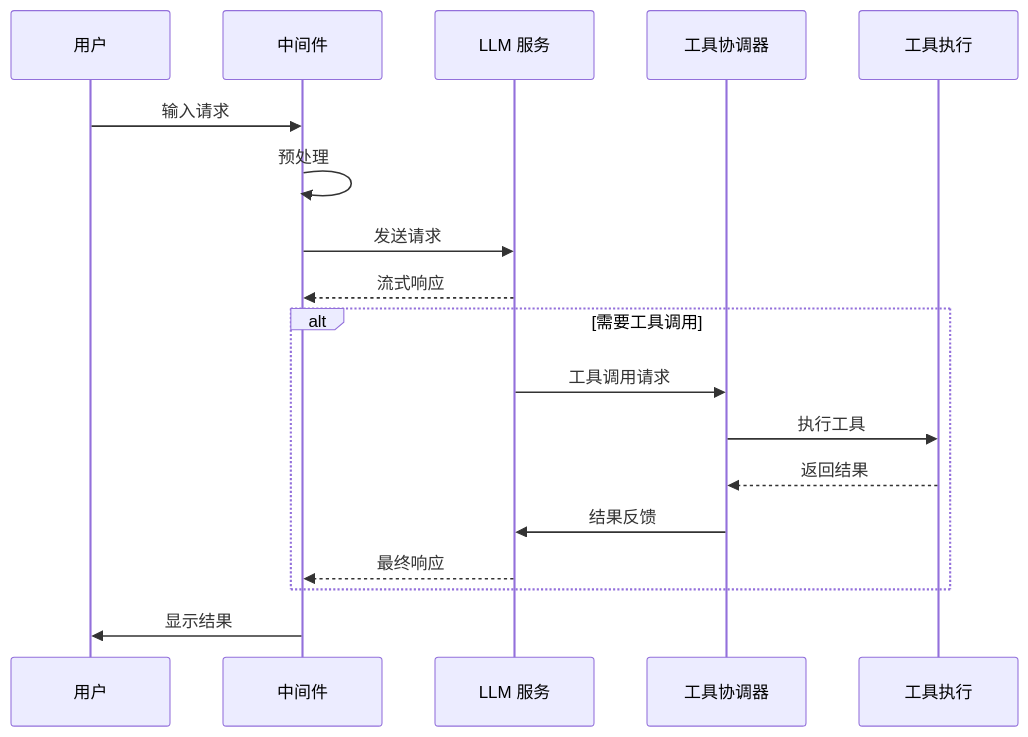
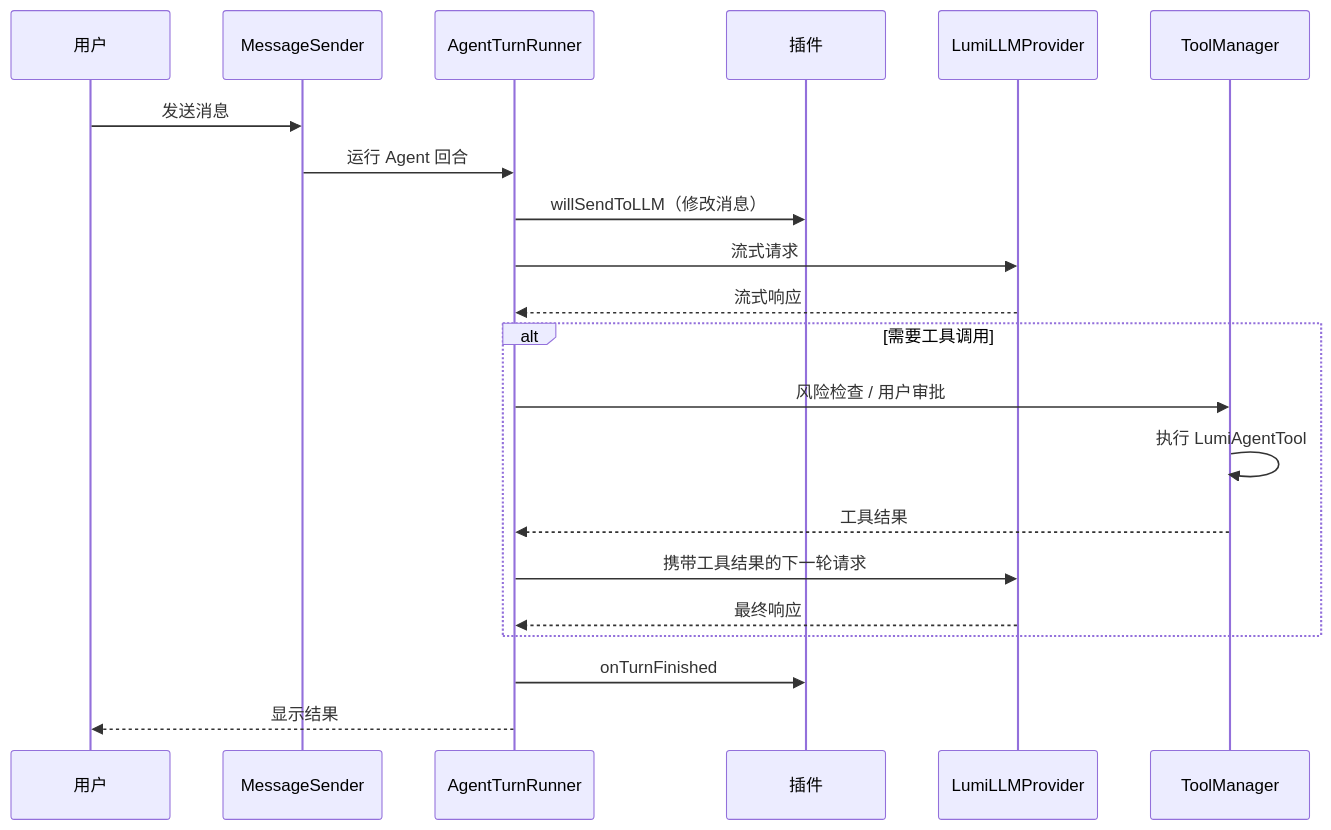
The second of 2 diagrams in README_zh.md (CofficLab/Lumi), drawn with Mermaid before and after one commit. The commit also changed other lines of this file and 1 other file, not shown here.

Commit message:
docs: rewrite README with updated features, architecture, and plugin system

````diff
--- a/README_zh.md
+++ b/README_zh.md
@@ -59,21 +71,24 @@
 ```mermaid
 sequenceDiagram
     participant U as 用户
-    participant M as 中间件
-    participant L as LLM 服务
-    participant T as 工具协调器
-    participant E as 工具执行
-    
-    U->>M: 输入请求
-    M->>M: 预处理
-    M->>L: 发送请求
-    L-->>M: 流式响应
+    participant S as MessageSender
+    participant R as AgentTurnRunner
+    participant P as 插件
+    participant L as LumiLLMProvider
+    participant T as ToolManager
+
+    U->>S: 发送消息
+    S->>R: 运行 Agent 回合
+    R->>P: willSendToLLM（修改消息）
+    R->>L: 流式请求
+    L-->>R: 流式响应
     alt 需要工具调用
-        L->>T: 工具调用请求
-        T->>E: 执行工具
-        E-->>T: 返回结果
-        T->>L: 结果反馈
-        L-->>M: 最终响应
+        R->>T: 风险检查 / 用户审批
+        T->>T: 执行 LumiAgentTool
+        T-->>R: 工具结果
+        R->>L: 携带工具结果的下一轮请求
+        L-->>R: 最终响应
     end
-    M->>U: 显示结果
+    R->>P: onTurnFinished
+    R-->>U: 显示结果
 ```
````
